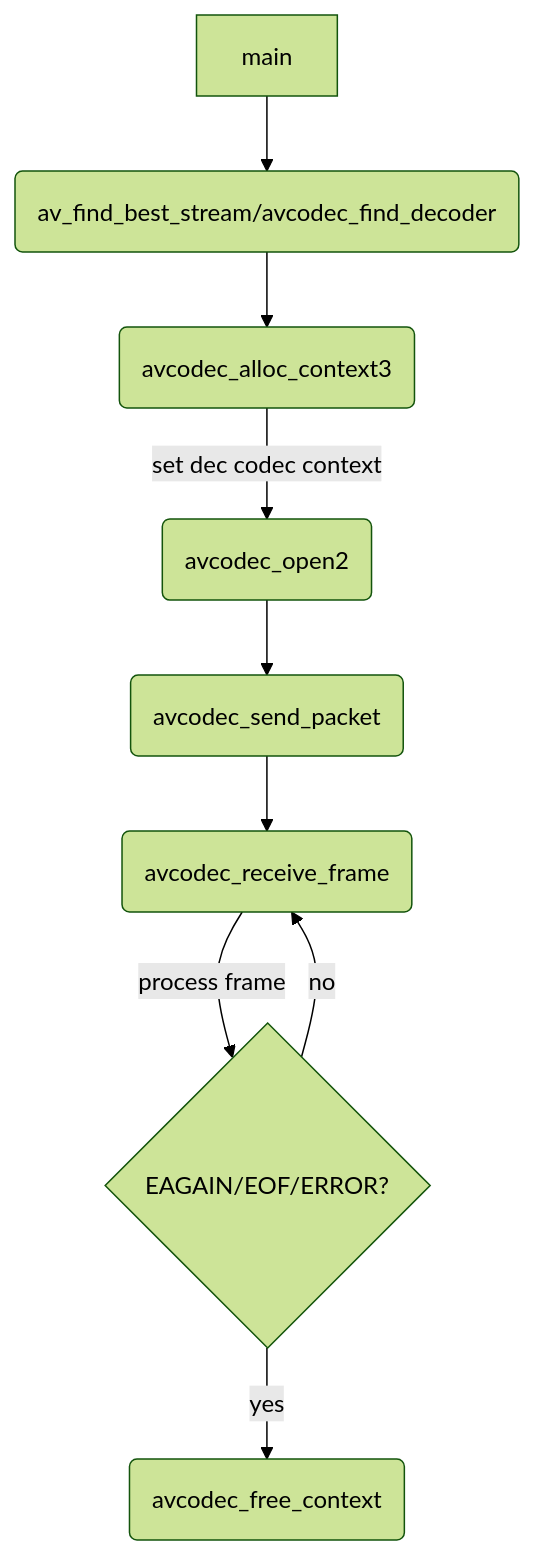
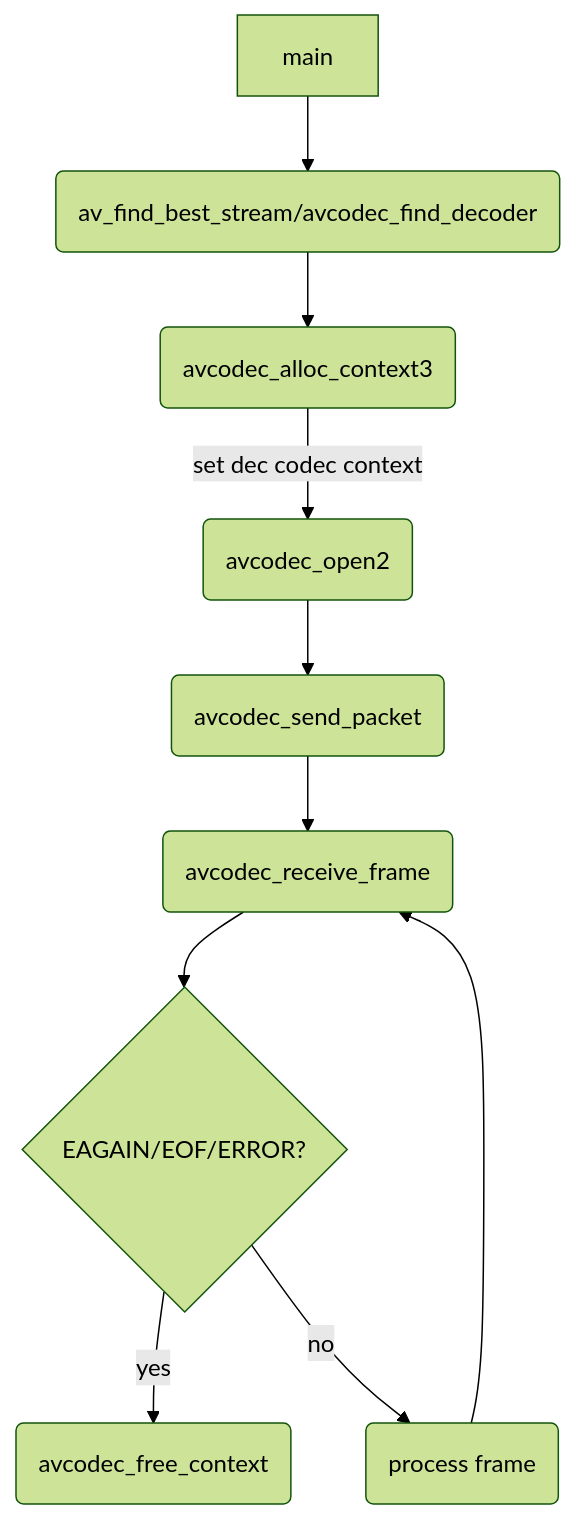
Before and after one commit to xueqing/MyNote: the second of 3 diagrams in ffmepg/ffmpeg_codec.md, drawn with Mermaid (forest theme).

````diff
--- a/ffmepg/ffmpeg_codec.md
+++ b/ffmepg/ffmpeg_codec.md
@@ -125,11 +125,12 @@
 ```mermaid
 graph TD
     main --> A(av_find_best_stream/avcodec_find_decoder)
     A --> B(avcodec_alloc_context3)
     B --> |set dec codec context| C(avcodec_open2)
     C --> D(avcodec_send_packet)
     D --> E(avcodec_receive_frame)
-    E --> |process frame| F{"EAGAIN/EOF/ERROR?"}
-    F --> |no| E
+    E --> F{"EAGAIN/EOF/ERROR?"}
     F --> |yes| G(avcodec_free_context)
+    F --> |no| H(process frame)
+    H --> E
 ```
````
